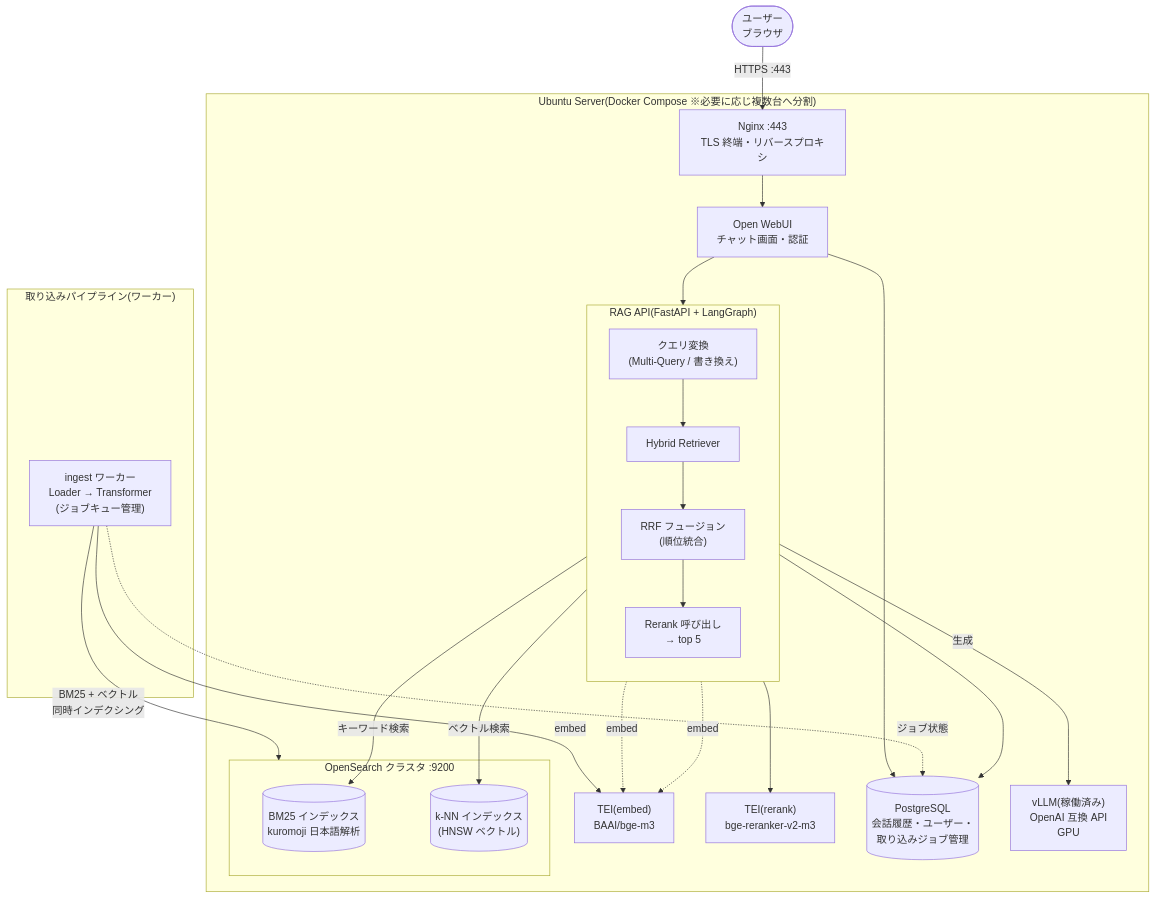
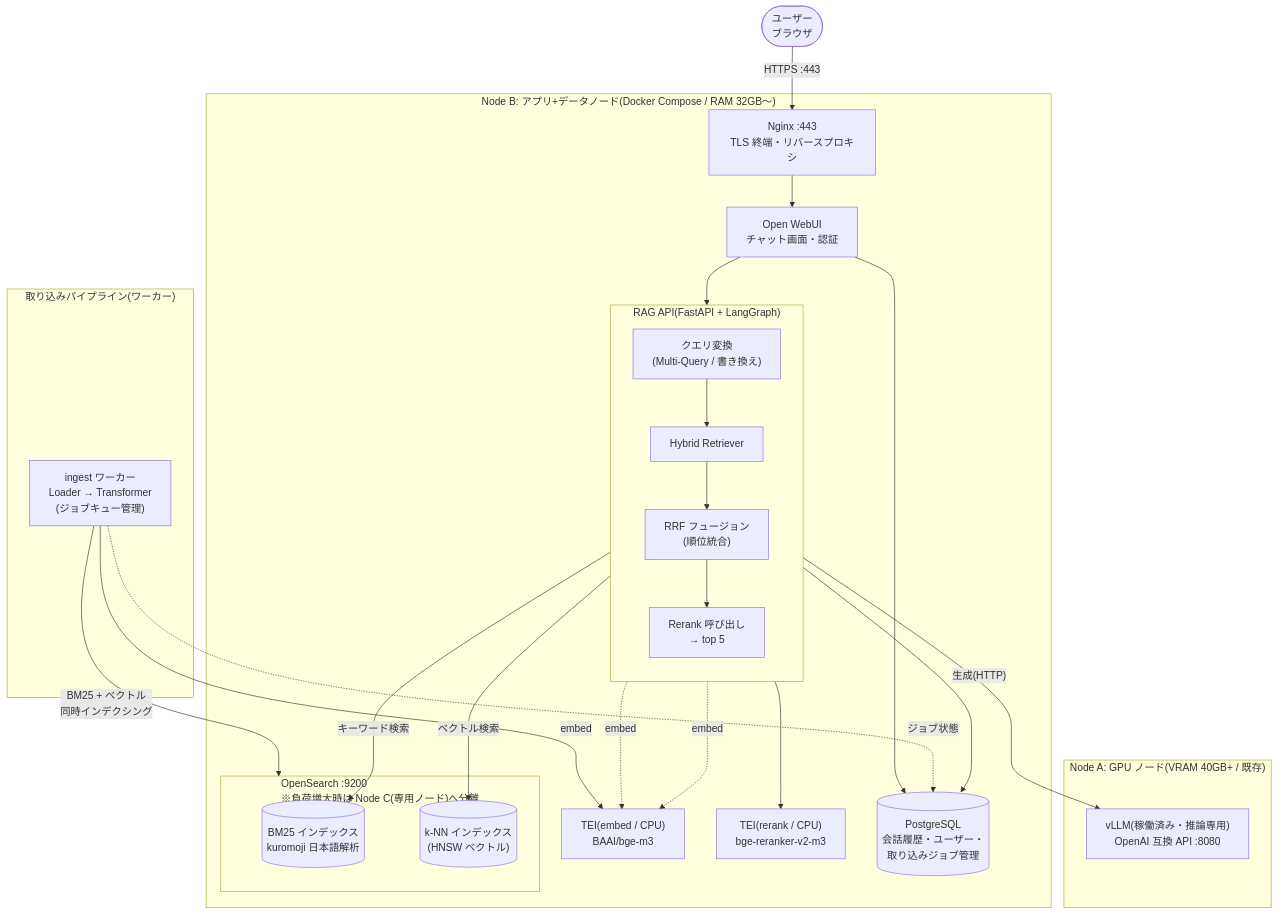
One commit to irimura/rag-system changed the first of 2 diagrams in docs/plan3-hybrid.md. Above: the diagram before and after it, drawn with Mermaid. The commit also changed other lines of this file and 3 other files, not shown here.

First line of the commit message:
Adopt 2-node topology: GPU node (vLLM) / app+data node

````diff
--- a/docs/plan3-hybrid.md
+++ b/docs/plan3-hybrid.md
@@ -9,47 +10,50 @@
 ```mermaid
 flowchart TB
     U(["ユーザー<br/>ブラウザ"])
 
-    subgraph host["Ubuntu Server(Docker Compose ※必要に応じ複数台へ分割)"]
+    subgraph nodeB["Node B: アプリ+データノード(Docker Compose / RAM 32GB〜)"]
         NGX["Nginx :443<br/>TLS 終端・リバースプロキシ"]
         OWUI["Open WebUI<br/>チャット画面・認証"]
 
         subgraph ragapi["RAG API(FastAPI + LangGraph)"]
             direction TB
             QT["クエリ変換<br/>(Multi-Query / 書き換え)"]
             HR["Hybrid Retriever"]
             FUS["RRF フュージョン<br/>(順位統合)"]
             RR["Rerank 呼び出し<br/>→ top 5"]
             QT --> HR --> FUS --> RR
         end
 
-        subgraph search["OpenSearch クラスタ :9200"]
+        subgraph search["OpenSearch :9200<br/>※負荷増大時は Node C(専用ノード)へ分離"]
             BM25[("BM25 インデックス<br/>kuromoji 日本語解析")]
             KNN[("k-NN インデックス<br/>(HNSW ベクトル)")]
         end
 
-        TEI_E["TEI(embed)<br/>BAAI/bge-m3"]
-        TEI_R["TEI(rerank)<br/>bge-reranker-v2-m3"]
+        TEI_E["TEI(embed / CPU)<br/>BAAI/bge-m3"]
+        TEI_R["TEI(rerank / CPU)<br/>bge-reranker-v2-m3"]
         PG[("PostgreSQL<br/>会話履歴・ユーザー・<br/>取り込みジョブ管理")]
-        VLLM["vLLM(稼働済み)<br/>OpenAI 互換 API<br/>GPU"]
 
         NGX --> OWUI
         OWUI --> ragapi
         HR -->|"キーワード検索"| BM25
         HR -->|"ベクトル検索"| KNN
         QT & HR -.->|"embed"| TEI_E
         RR --> TEI_R
-        ragapi -->|"生成"| VLLM
         OWUI --> PG
         ragapi --> PG
     end
 
+    subgraph nodeA["Node A: GPU ノード(VRAM 40GB+ / 既存)"]
+        VLLM["vLLM(稼働済み・推論専用)<br/>OpenAI 互換 API :8080"]
+    end
+
+    ragapi -->|"生成(HTTP)"| VLLM
     U -->|"HTTPS :443"| NGX
 
     subgraph ingestflow["取り込みパイプライン(ワーカー)"]
         ING["ingest ワーカー<br/>Loader → Transformer<br/>(ジョブキュー管理)"]
     end
     ING -->|"embed"| TEI_E
     ING -->|"BM25 + ベクトル<br/>同時インデクシング"| search
     ING -.->|"ジョブ状態"| PG
 ```
````
